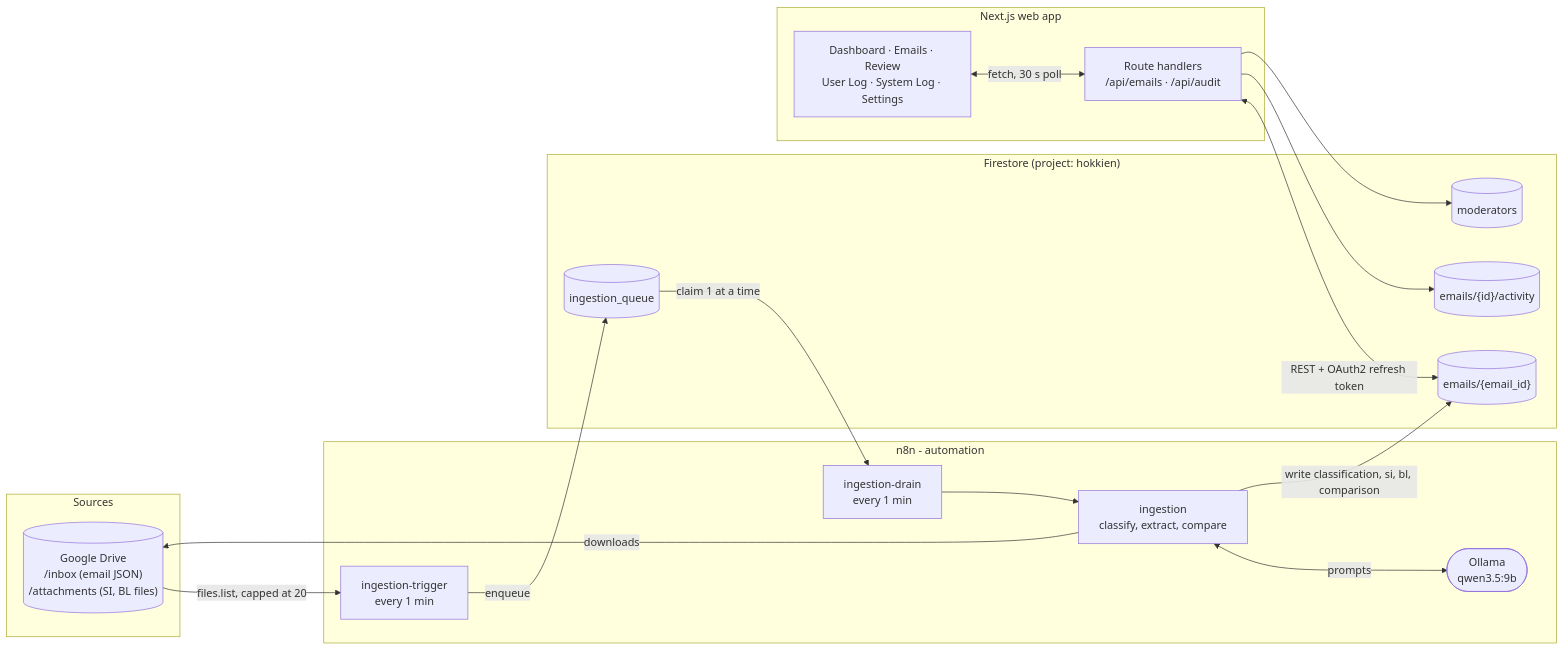
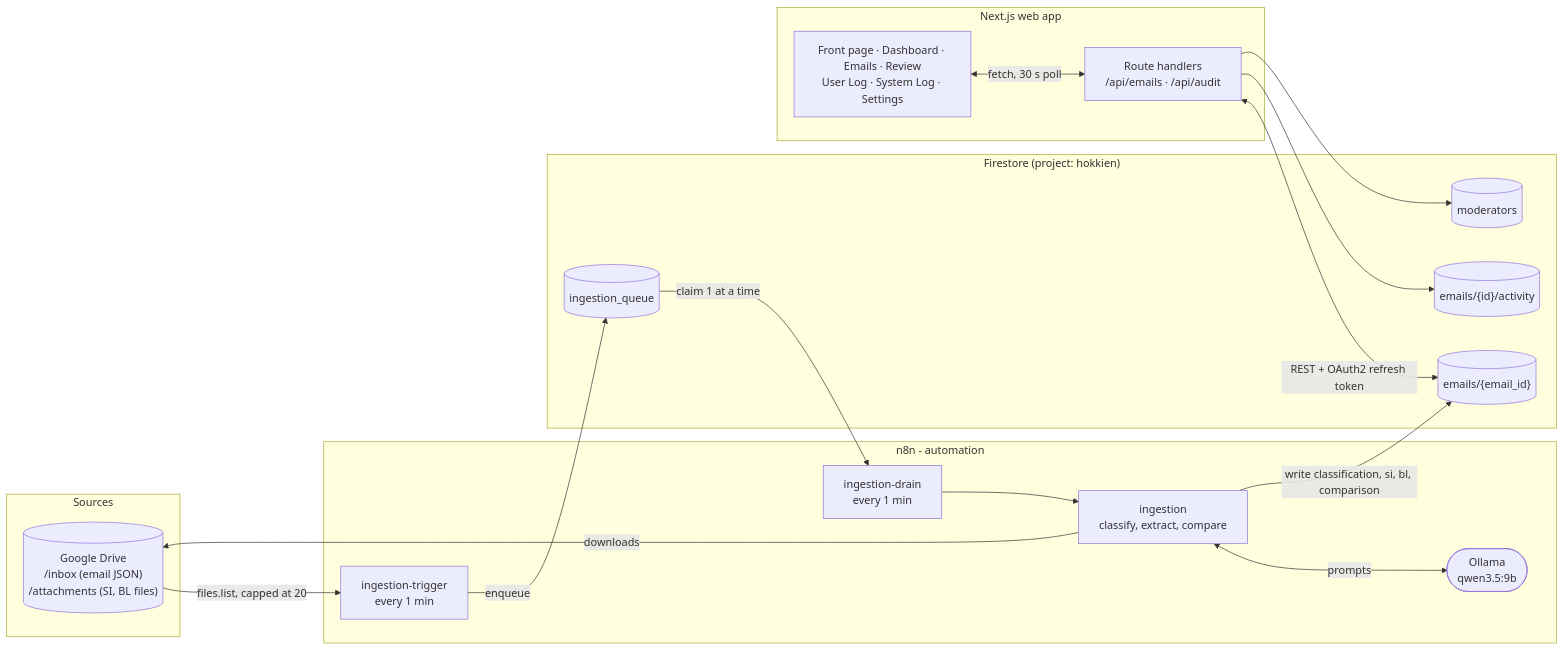
The diagram in README.md (Sr33kk0/Shiptuationship), drawn with Mermaid before and after one commit. The commit also changed other lines of this file and 13 other files, not shown here.

````diff
--- a/README.md
+++ b/README.md
@@ -128,37 +129,37 @@
 ```mermaid
 flowchart LR
     subgraph SRC["Sources"]
         DRIVE[("Google Drive<br/>/inbox (email JSON)<br/>/attachments (SI, BL files)")]
     end
 
     subgraph N8N["n8n - automation"]
         TRIG["ingestion-trigger<br/>every 1 min"]
         DRAIN["ingestion-drain<br/>every 1 min"]
         ING["ingestion<br/>classify, extract, compare"]
         LLM(["Ollama<br/>qwen3.5:9b"])
     end
 
     subgraph DB["Firestore (project: hokkien)"]
         Q[("ingestion_queue")]
         E[("emails/{email_id}")]
         ACT[("emails/{id}/activity")]
         MOD[("moderators")]
     end
 
     subgraph WEB["Next.js web app"]
         API["Route handlers<br/>/api/emails · /api/audit"]
-        UI["Dashboard · Emails · Review<br/>User Log · System Log · Settings"]
+        UI["Front page · Dashboard · Emails · Review<br/>User Log · System Log · Settings"]
     end
 
     DRIVE -->|files.list, capped at 20| TRIG
     TRIG -->|enqueue| Q
     Q -->|claim 1 at a time| DRAIN
     DRAIN --> ING
     ING <-->|prompts| LLM
     ING -->|downloads| DRIVE
     ING -->|write classification, si, bl, comparison| E
     API <-->|REST + OAuth2 refresh token| E
     API --> ACT
     API --> MOD
     UI <-->|fetch, 30 s poll| API
 ```
````
